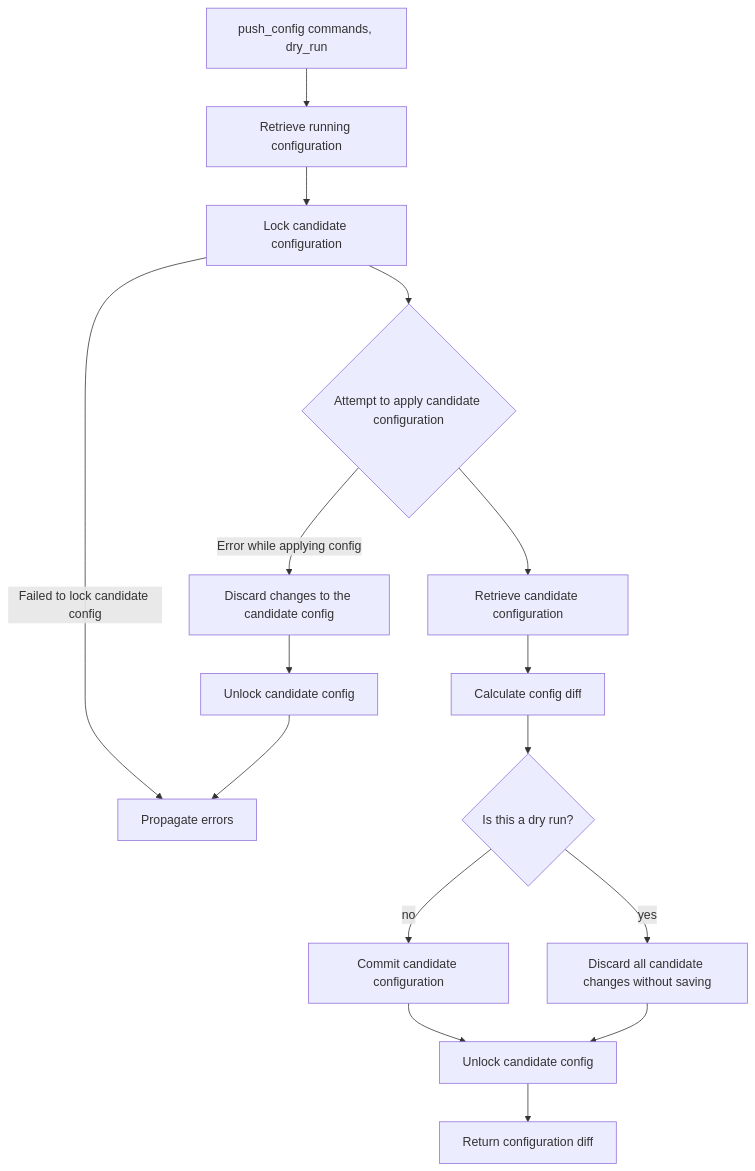
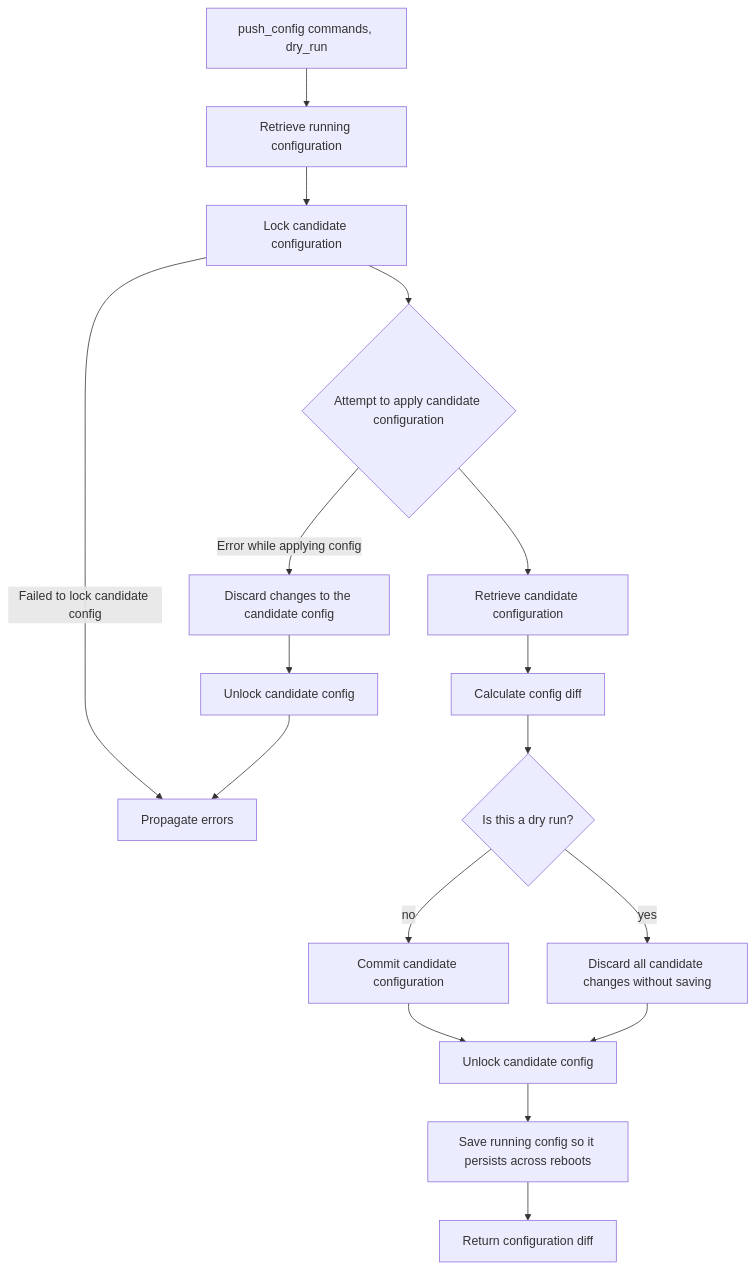
Before and after one commit to cmek/netauto: the second of 2 diagrams in docs/flows.md, drawn with Mermaid. The commit also changed other lines of this file, not shown here.

Commit message:
fix: update flows

````diff
--- a/docs/flows.md
+++ b/docs/flows.md
@@ -22,21 +23,22 @@
 ```mermaid
 flowchart TD
     A[push_config commands, dry_run] --> B[Retrieve running configuration]
     B --> C[Lock candidate configuration]
     C --> D{Attempt to apply candidate configuration}    
     C --> |Failed to lock candidate config| H
     
     D -->|Error while applying config| F[Discard changes to the candidate config]
     F --> G[Unlock candidate config]
     G --> H[Propagate errors]
 
     D --> N[Retrieve candidate configuration]
     N --> R[Calculate config diff]
 
     R --> I{Is this a dry run?}
     I -->|yes| J[Discard all candidate changes without saving]
     I -->|no| K[Commit candidate configuration]
     K --> M[Unlock candidate config]
-    M --> O[Return configuration diff]
+    M --> U[Save running config so it persists across reboots]
+    U --> O[Return configuration diff]
     J --> M
 ```
````
